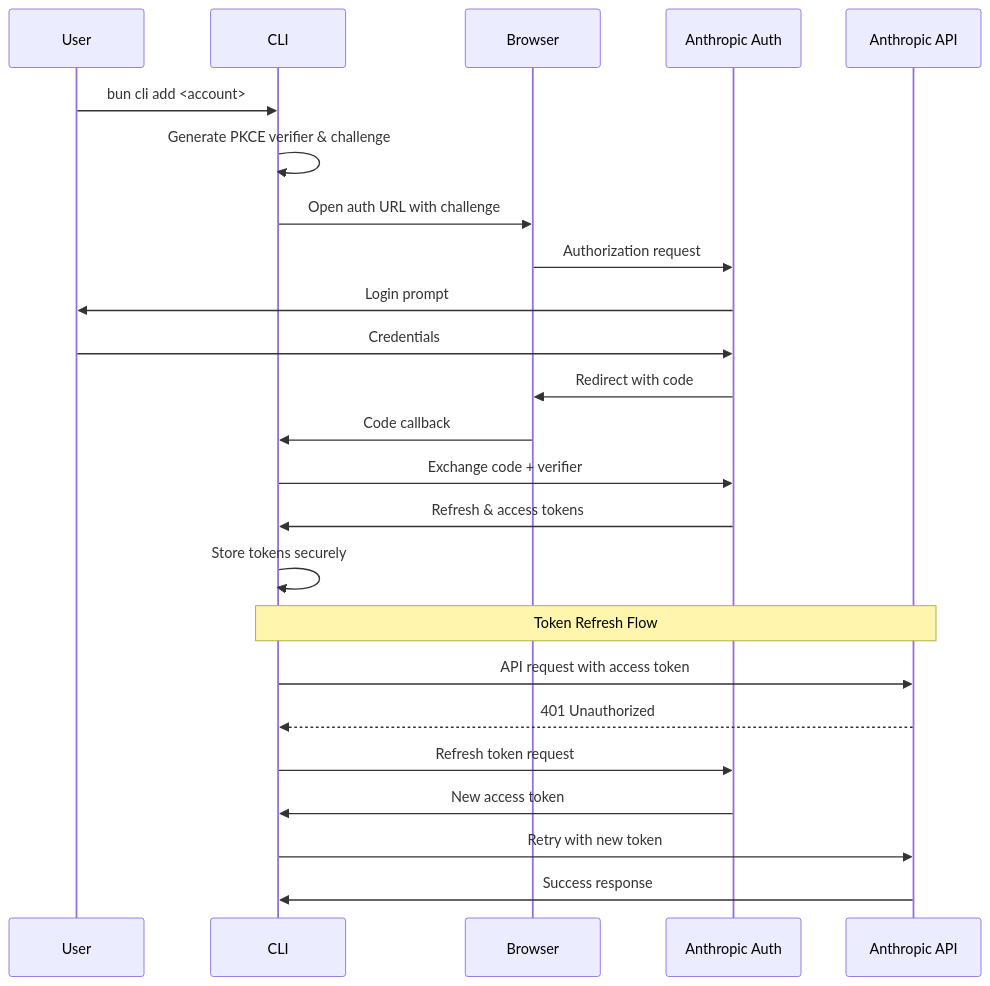
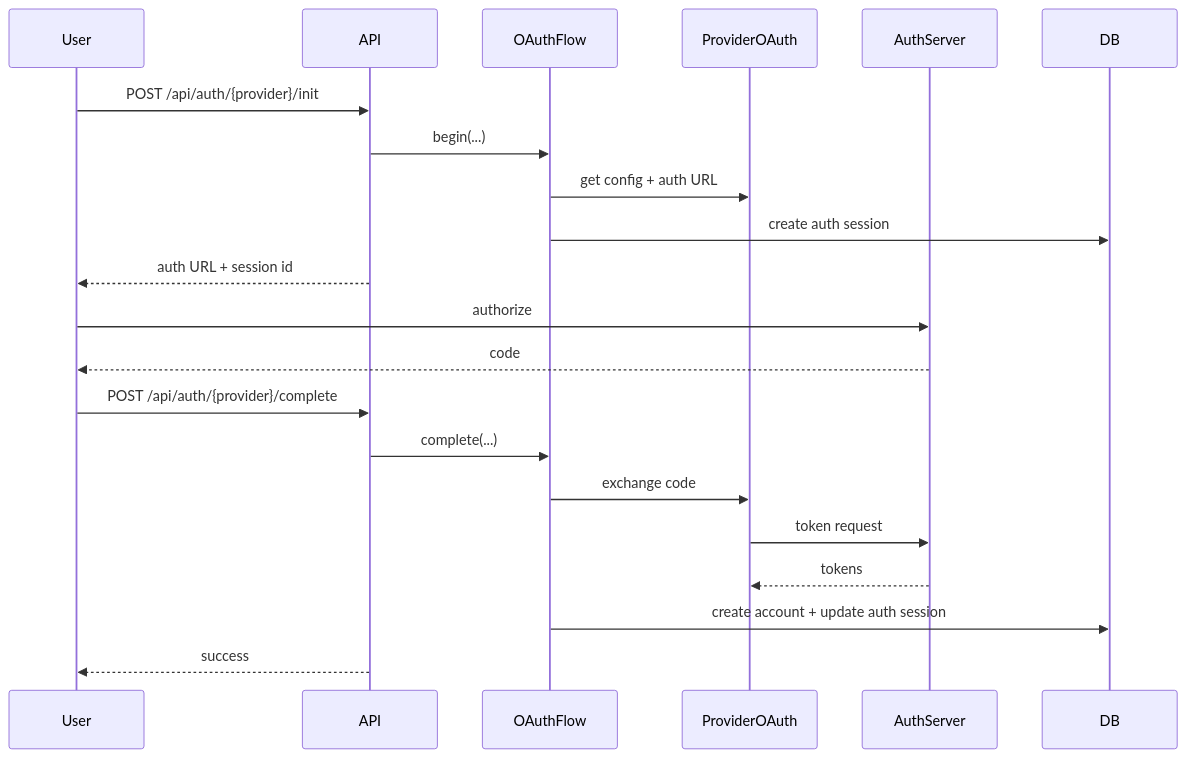
One commit to zenprocess/better-ccflare changed the second of 2 diagrams in docs/providers.md. Above: the diagram before and after it, drawn with Mermaid. The commit also changed other lines of this file and 1026 other files, not shown here.

````diff
--- a/docs/providers.md
+++ b/docs/providers.md
@@ -189,28 +89,26 @@
 ```mermaid
 sequenceDiagram
     participant User
-    participant CLI
-    participant Browser
-    participant AuthServer as Anthropic Auth
-    participant API as Anthropic API
-    
-    User->>CLI: bun cli add <account>
-    CLI->>CLI: Generate PKCE verifier & challenge
-    CLI->>Browser: Open auth URL with challenge
-    Browser->>AuthServer: Authorization request
-    AuthServer->>User: Login prompt
-    User->>AuthServer: Credentials
-    AuthServer->>Browser: Redirect with code
-    Browser->>CLI: Code callback
-    CLI->>AuthServer: Exchange code + verifier
-    AuthServer->>CLI: Refresh & access tokens
-    CLI->>CLI: Store tokens securely
-    
-    Note over CLI,API: Token Refresh Flow
-    CLI->>API: API request with access token
-    API-->>CLI: 401 Unauthorized
-    CLI->>AuthServer: Refresh token request
-    AuthServer->>CLI: New access token
-    CLI->>API: Retry with new token
-    API->>CLI: Success response
+    participant API
+    participant OAuthFlow
+    participant ProviderOAuth
+    participant AuthServer
+    participant DB
+
+    User->>API: POST /api/auth/{provider}/init
+    API->>OAuthFlow: begin(...)
+    OAuthFlow->>ProviderOAuth: get config + auth URL
+    OAuthFlow->>DB: create auth session
+    API-->>User: auth URL + session id
+
+    User->>AuthServer: authorize
+    AuthServer-->>User: code
+
+    User->>API: POST /api/auth/{provider}/complete
+    API->>OAuthFlow: complete(...)
+    OAuthFlow->>ProviderOAuth: exchange code
+    ProviderOAuth->>AuthServer: token request
+    AuthServer-->>ProviderOAuth: tokens
+    OAuthFlow->>DB: create account + update auth session
+    API-->>User: success
 ```
````
